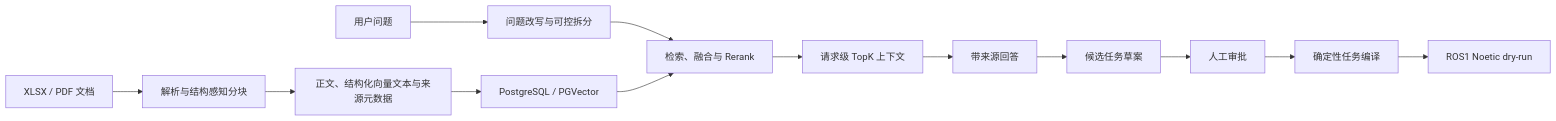
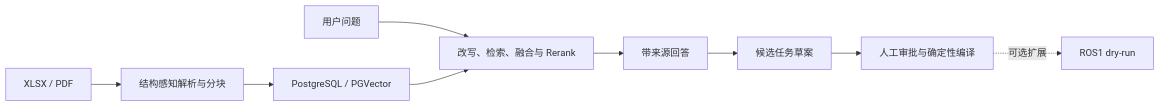
The diagram in README.md (qiyu-lu/ragent), drawn with Mermaid before and after one commit. The commit also changed other lines of this file and 6 other files, not shown here.

````diff
--- a/README.md
+++ b/README.md
@@ -11,15 +9,11 @@
 ```mermaid
 flowchart LR
-    A[XLSX / PDF 文档] --> B[解析与结构感知分块]
-    B --> C[正文、结构化向量文本与来源元数据]
-    C --> D[PostgreSQL / PGVector]
-    Q[用户问题] --> E[问题改写与可控拆分]
-    E --> F[检索、融合与 Rerank]
-    D --> F
-    F --> G[请求级 TopK 上下文]
-    G --> H[带来源回答]
-    H --> I[候选任务草案]
-    I --> J[人工审批]
-    J --> K[确定性任务编译]
-    K --> L[ROS1 Noetic dry-run]
+    A[XLSX / PDF] --> B[结构感知解析与分块]
+    B --> C[PostgreSQL / PGVector]
+    Q[用户问题] --> D[改写、检索、融合与 Rerank]
+    C --> D
+    D --> E[带来源回答]
+    E --> F[候选任务草案]
+    F --> G[人工审批与确定性编译]
+    G -. 可选扩展 .-> H[ROS1 dry-run]
 ```
````
